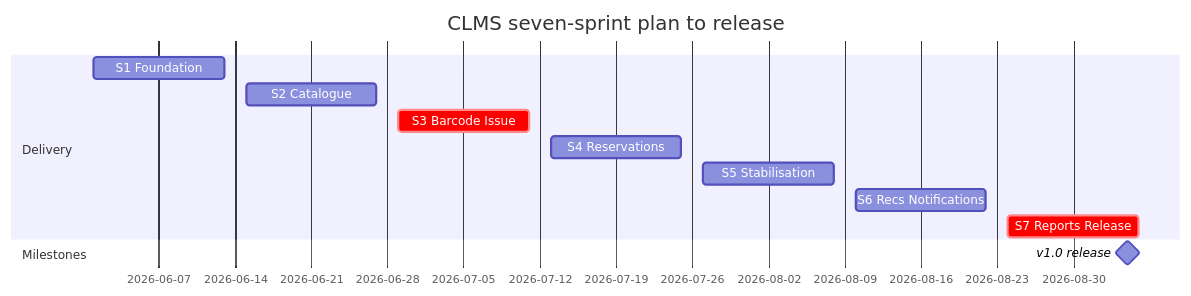
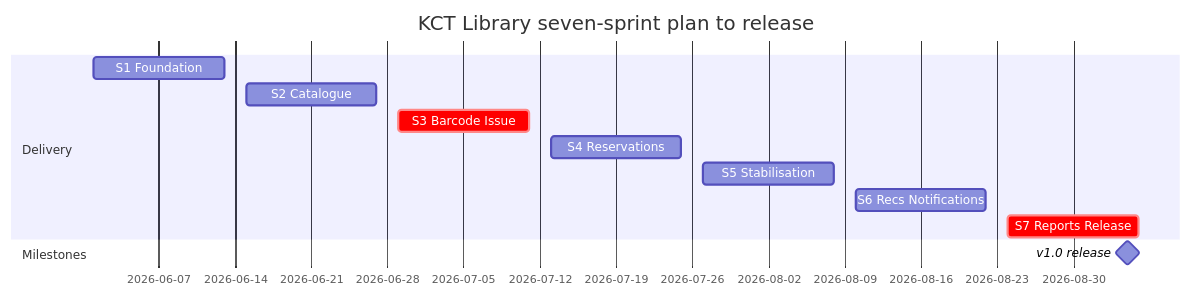
Before and after one commit to nidhish28guhan-netizen/kct-library: the second of 2 diagrams in docs/sprint-plan.md, drawn with Mermaid. The commit also changed other lines of this file and 77 other files, not shown here.

First line of the commit message:
feat: wipe library data to clean slate, rebrand CLMS -> KCT Library

````diff
--- a/docs/sprint-plan.md
+++ b/docs/sprint-plan.md
@@ -186,15 +186,15 @@
 ```mermaid
 gantt
   dateFormat YYYY-MM-DD
-  title CLMS seven-sprint plan to release
+  title KCT Library seven-sprint plan to release
   section Delivery
   S1 Foundation        :2026-06-01, 12d
   S2 Catalogue         :2026-06-15, 12d
   S3 Barcode Issue     :crit, 2026-06-29, 12d
   S4 Reservations      :2026-07-13, 12d
   S5 Stabilisation     :2026-07-27, 12d
   S6 Recs Notifications:2026-08-10, 12d
   S7 Reports Release   :crit, 2026-08-24, 12d
   section Milestones
   v1.0 release         :milestone, 2026-09-04, 0d
 ```
````
